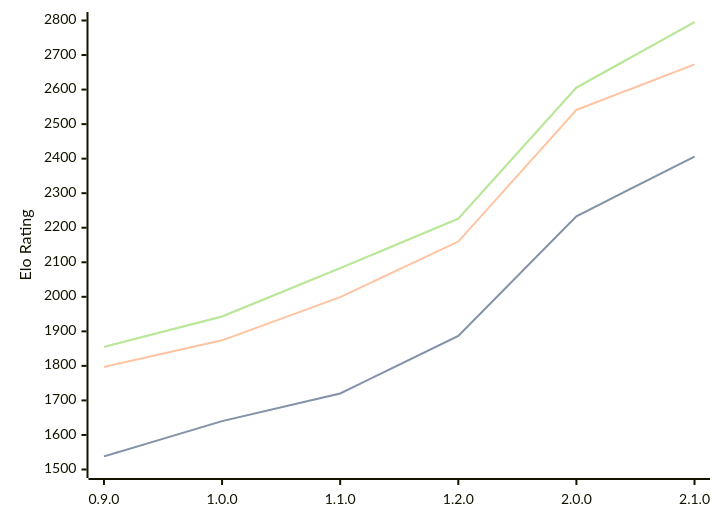
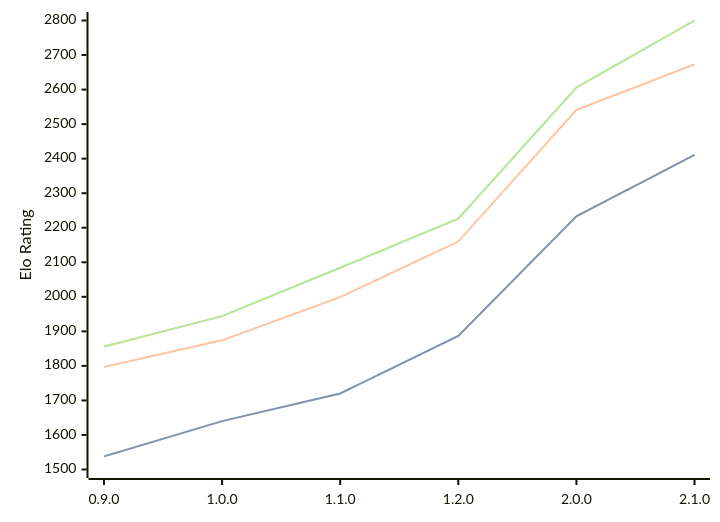
Before and after one commit to computer-chess-index/cci: the third of 3 diagrams in engines/Ratsu.md, drawn with Mermaid. The commit also changed other lines of this file, not shown here.

Commit message:
Update CCI Ratings (ELO VLTC) - 2026-07-03

````diff
--- a/engines/Ratsu.md
+++ b/engines/Ratsu.md
@@ -69,11 +69,11 @@
 ```mermaid
 %%{init: {"theme":"base","themeVariables":{"seriesColors:['#a3a3a3','#222221','#faa371']}}}%%
 xychart-beta
   x-axis ["0.9.0", "1.0.0", "1.1.0", "1.2.0", "2.0.0", "2.1.0"]
   y-axis "Elo Rating" 1500 --> 2800
-  line "STC (8.0+0.08s)" [1538, 1640, 1720, 1887, 2233, 2406]
-  line "STC (8.0+0.08s)" [1538, 1640, 1720, 1887, 2233, 2406]
+  line "STC (8.0+0.08s)" [1538, 1640, 1720, 1887, 2233, 2411]
+  line "STC (8.0+0.08s)" [1538, 1640, 1720, 1887, 2233, 2411]
   line "LTC (60.0+0.60s)" [1797, 1874, 1999, 2160, 2541, 2673]
-  line "VLTC (2m24s+1.12s)" [1855, 1943, 2083, 2226, 2606, 2795]
-  line "VLTC (2m24s+1.12s)" [1855, 1943, 2083, 2226, 2606, 2795]
+  line "VLTC (2m24s+1.12s)" [1856, 1944, 2084, 2226, 2606, 2800]
+  line "VLTC (2m24s+1.12s)" [1856, 1944, 2084, 2226, 2606, 2800]
 ```
````
